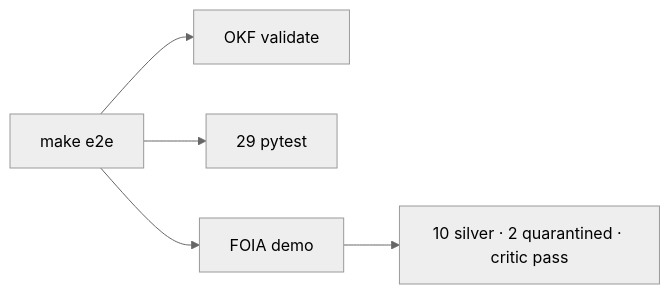
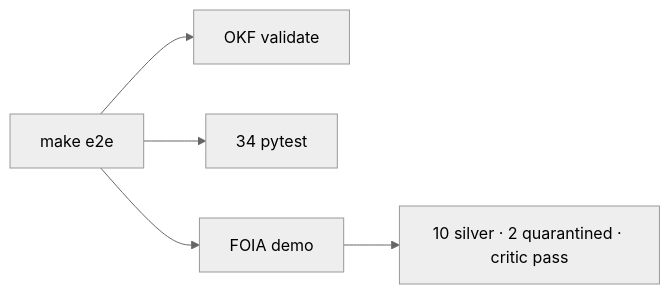
One commit to khaosans/operator-etl changed the third of 4 diagrams in README.md. Above: the diagram before and after it, drawn with Mermaid (neutral theme). The commit also changed other lines of this file and 33 other files, not shown here.

````diff
--- a/README.md
+++ b/README.md
@@ -87,7 +87,7 @@
 ```mermaid
 flowchart LR
   E2E[make e2e] --> OKF[OKF validate]
-  E2E --> Tests[29 pytest]
+  E2E --> Tests[34 pytest]
   E2E --> Demo[FOIA demo]
   Demo --> Result[10 silver · 2 quarantined · critic pass]
 ```
````
